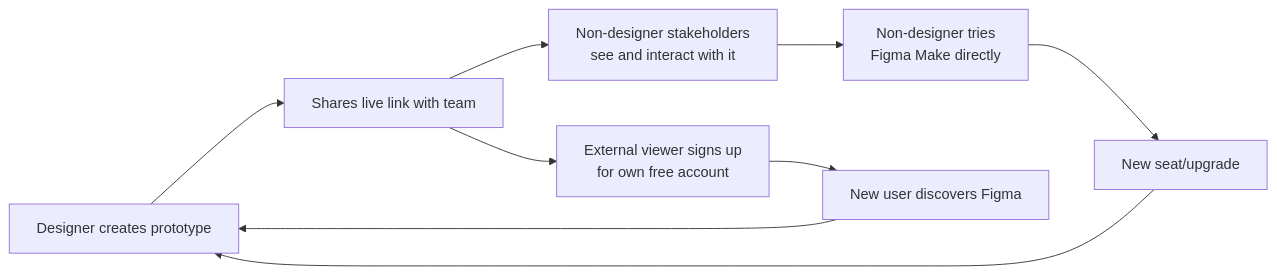
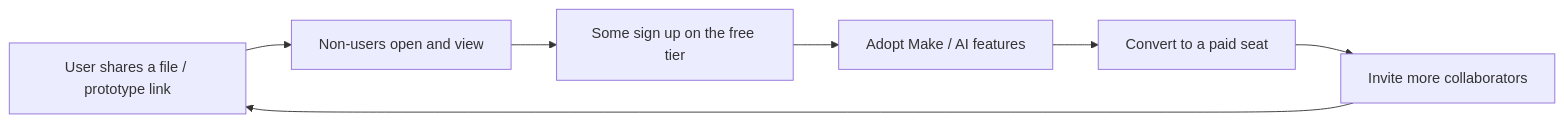
One commit to gaurav-product/product-management-case-studies changed the fourth of 6 diagrams in Case Studies/Day-17-Figma/README.md. Above: the diagram before and after it, drawn with Mermaid. The commit also changed other lines of this file, not shown here.

````diff
--- a/Case Studies/Day-17-Figma/README.md
+++ b/Case Studies/Day-17-Figma/README.md
@@ -522,11 +536,9 @@
 ```mermaid
 flowchart LR
-    A[Designer creates prototype] --> B[Shares live link with team]
-    B --> C[Non-designer stakeholders<br/>see and interact with it]
-    C --> D[Non-designer tries<br/>Figma Make directly]
-    D --> E[New seat/upgrade]
-    E --> A
-    B --> F[External viewer signs up<br/>for own free account]
-    F --> G[New user discovers Figma]
-    G --> A
+    A[User shares a file / prototype link] --> B[Non-users open and view]
+    B --> C[Some sign up on the free tier]
+    C --> D[Adopt Make / AI features]
+    D --> E[Convert to a paid seat]
+    E --> F[Invite more collaborators]
+    F --> A
 ```
````
